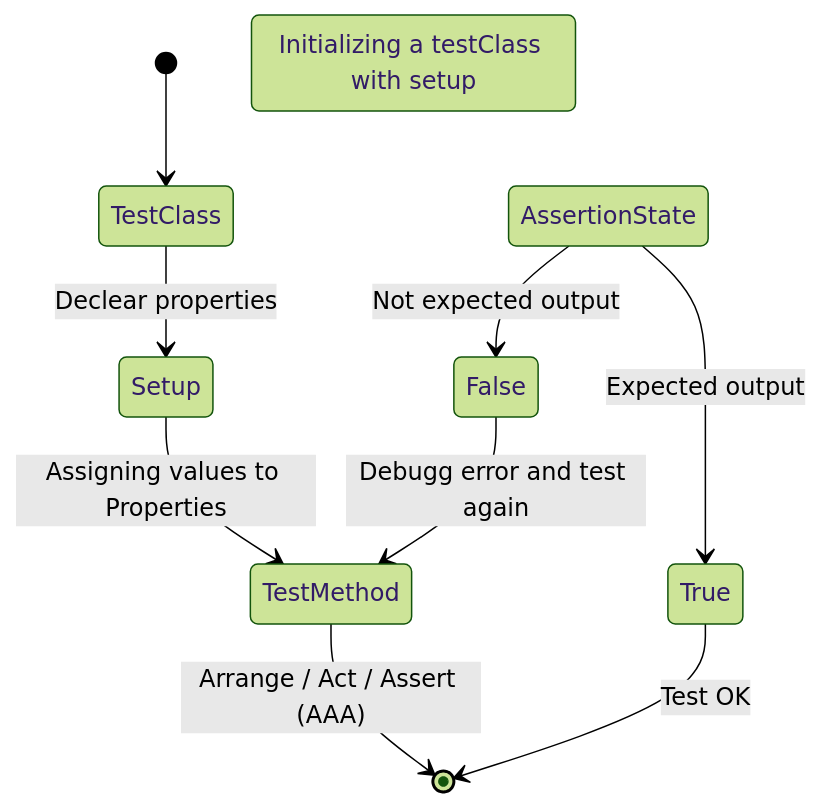
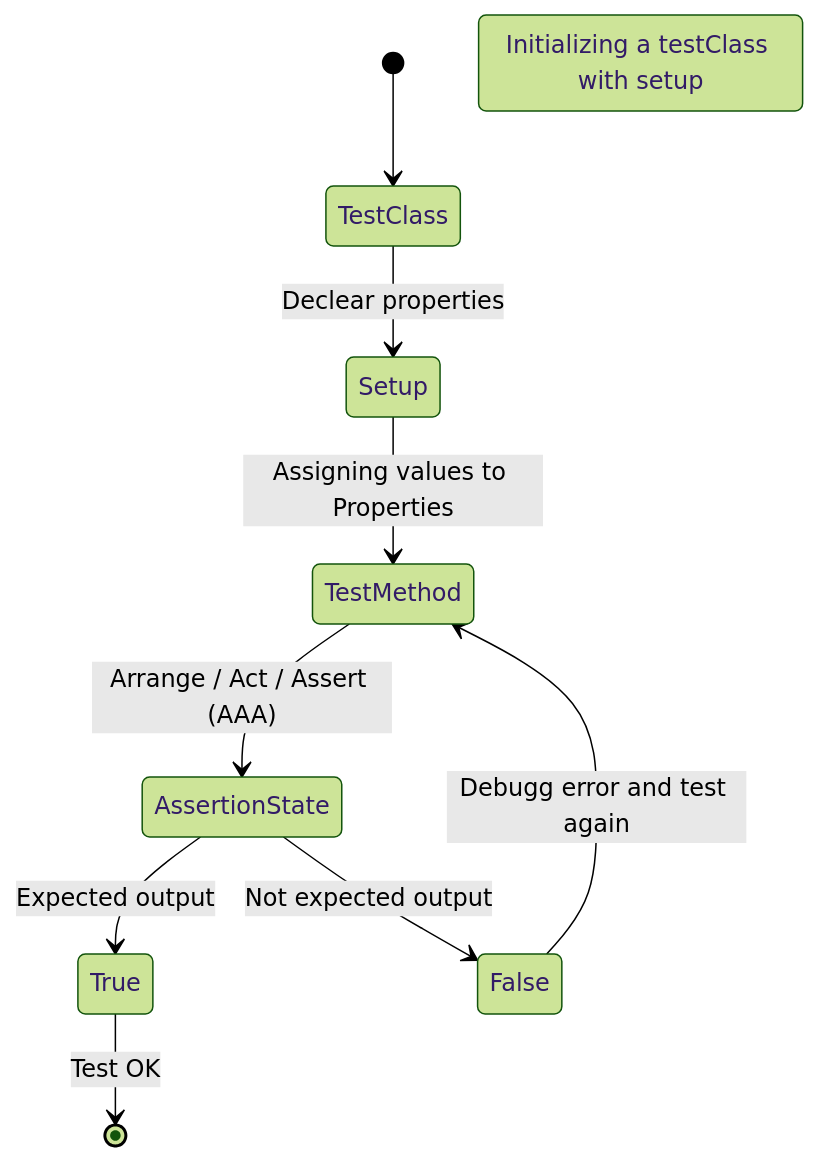
Before and after one commit to Emsaso/GetNews: the second of 12 diagrams in model/TestModel.md, drawn with Mermaid (forest theme).

````diff
--- a/model/TestModel.md
+++ b/model/TestModel.md
@@ -56,15 +56,15 @@
 ```mermaid
 stateDiagram-v2
 [*] --> TestClass: 
     Notes: Initializing a testClass with setup
         TestClass --> Setup: Declear properties
         Setup --> TestMethod: Assigning values to Properties 
-    TestMethod --> [*]: Arrange / Act / Assert (AAA)
+    TestMethod --> AssertionState: Arrange / Act / Assert (AAA)
 
     AssertionState --> True:Expected output
     AssertionState --> False:Not expected output
         True --> [*]:Test OK
         False --> TestMethod:Debugg error and test again
 
 
 ```
````
